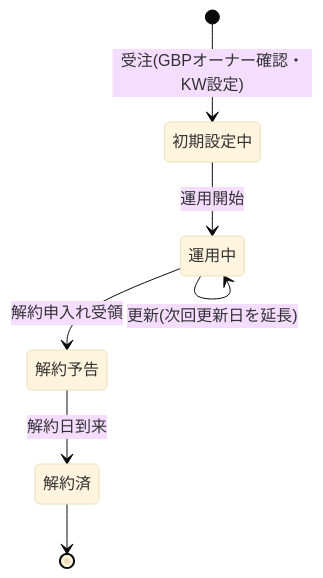
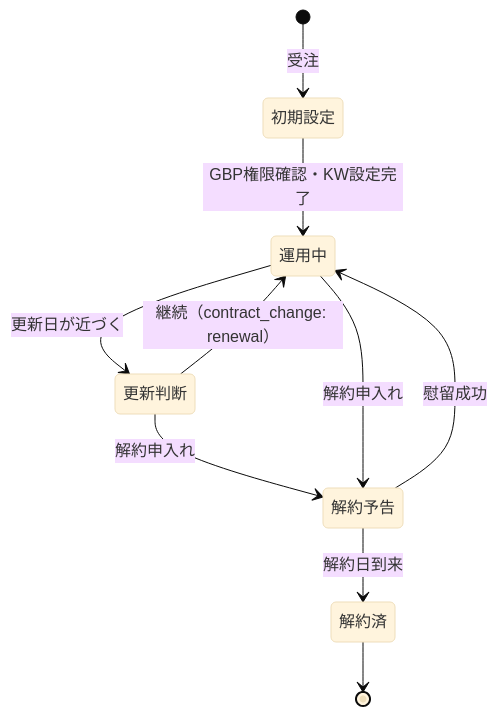
The fourth of 4 diagrams in docs/domain-model.md (okayus/alt-kintone), drawn with Mermaid (base theme) before and after one commit. The commit also changed other lines of this file and 3 other files, not shown here.

````diff
--- a/docs/domain-model.md
+++ b/docs/domain-model.md
@@ -112,9 +344,12 @@
 ```mermaid
 stateDiagram-v2
-    [*] --> 初期設定中 : 受注(GBPオーナー確認・KW設定)
-    初期設定中 --> 運用中 : 運用開始
-    運用中 --> 運用中 : 更新(次回更新日を延長)
-    運用中 --> 解約予告 : 解約申入れ受領
+    [*] --> 初期設定 : 受注
+    初期設定 --> 運用中 : GBP権限確認・KW設定完了
+    運用中 --> 更新判断 : 更新日が近づく
+    更新判断 --> 運用中 : 継続（contract_change: renewal）
+    更新判断 --> 解約予告 : 解約申入れ
+    運用中 --> 解約予告 : 解約申入れ
+    解約予告 --> 運用中 : 慰留成功
     解約予告 --> 解約済 : 解約日到来
     解約済 --> [*]
 ```
````
